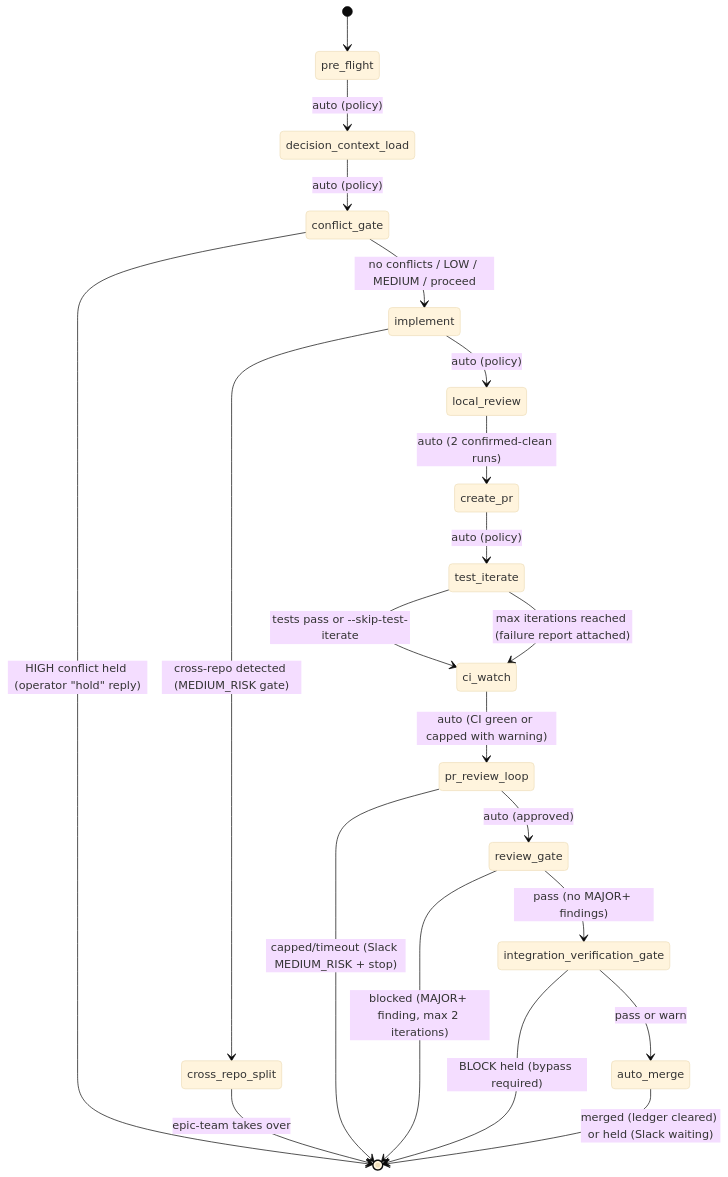
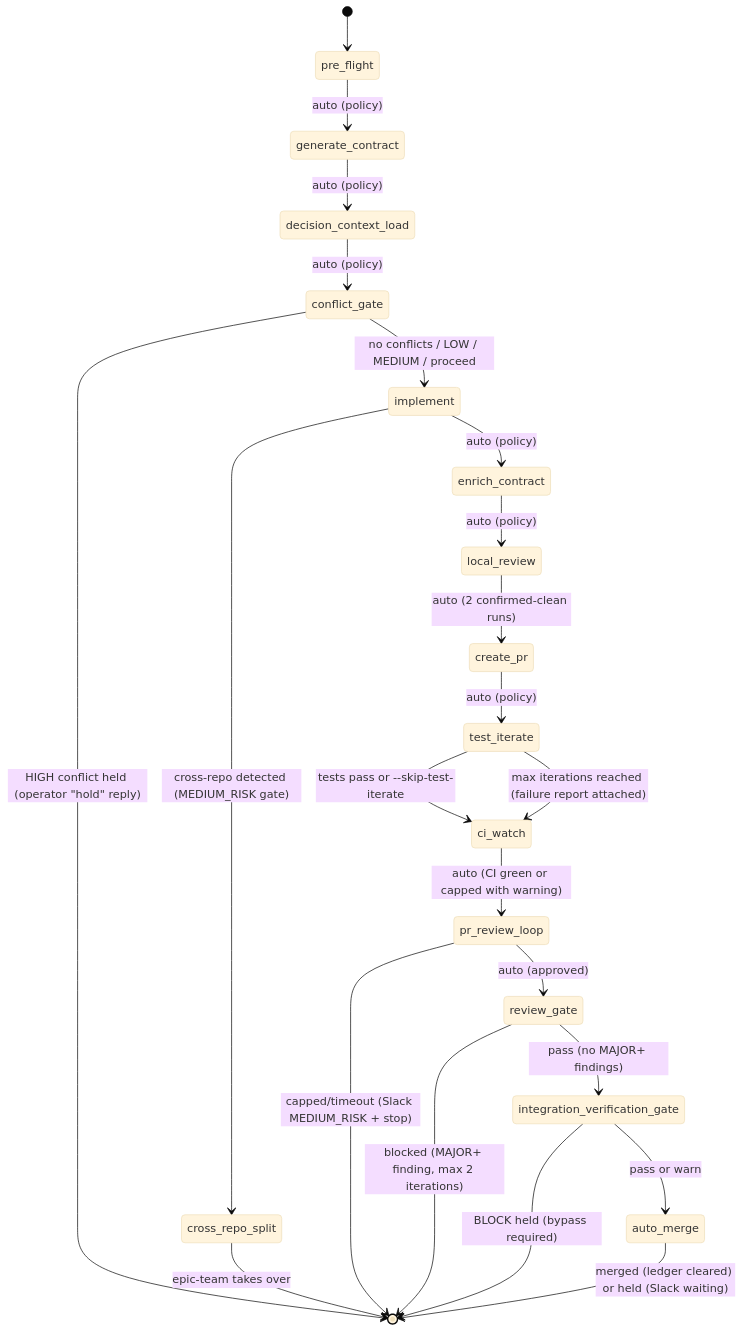
One commit to OmniNode-ai/omniclaude changed the diagram in plugins/onex/skills/ticket_pipeline/SKILL.md. Above: the diagram before and after it, drawn with Mermaid (base theme). The commit also changed other lines of this file and 2 other files, not shown here.

First line of the commit message:
feat: add generate_contract phase to ticket-pipeline [OMN-6833]

````diff
--- a/plugins/onex/skills/ticket_pipeline/SKILL.md
+++ b/plugins/onex/skills/ticket_pipeline/SKILL.md
@@ -259,23 +259,25 @@
 ```mermaid
 stateDiagram-v2
     [*] --> pre_flight
-    pre_flight --> decision_context_load : auto (policy)
+    pre_flight --> generate_contract : auto (policy)
+    generate_contract --> decision_context_load : auto (policy)
     decision_context_load --> conflict_gate : auto (policy)
     conflict_gate --> implement : no conflicts / LOW / MEDIUM / proceed
     conflict_gate --> [*] : HIGH conflict held (operator "hold" reply)
-    implement --> local_review : auto (policy)
+    implement --> enrich_contract : auto (policy)
+    enrich_contract --> local_review : auto (policy)
     implement --> cross_repo_split : cross-repo detected (MEDIUM_RISK gate)
     cross_repo_split --> [*] : epic-team takes over
     local_review --> create_pr : auto (2 confirmed-clean runs)
     create_pr --> test_iterate : auto (policy)
     test_iterate --> ci_watch : tests pass or --skip-test-iterate
     test_iterate --> ci_watch : max iterations reached (failure report attached)
     ci_watch --> pr_review_loop : auto (CI green or capped with warning)
     pr_review_loop --> review_gate : auto (approved)
     pr_review_loop --> [*] : capped/timeout (Slack MEDIUM_RISK + stop)
     review_gate --> integration_verification_gate : pass (no MAJOR+ findings)
     review_gate --> [*] : blocked (MAJOR+ finding, max 2 iterations)
     integration_verification_gate --> auto_merge : pass or warn
     integration_verification_gate --> [*] : BLOCK held (bypass required)
     auto_merge --> [*] : merged (ledger cleared) or held (Slack waiting)
 ```
````
